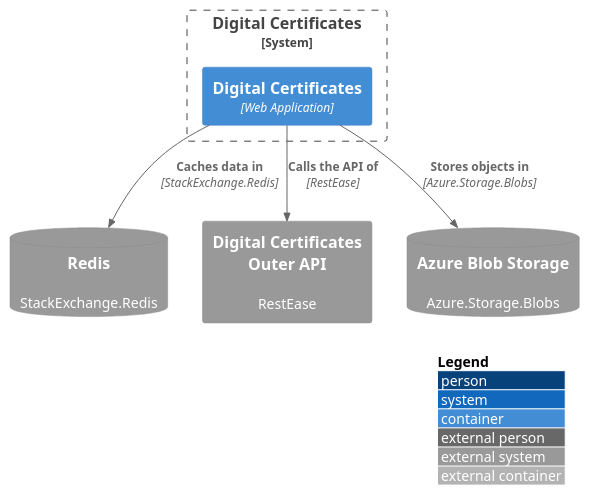
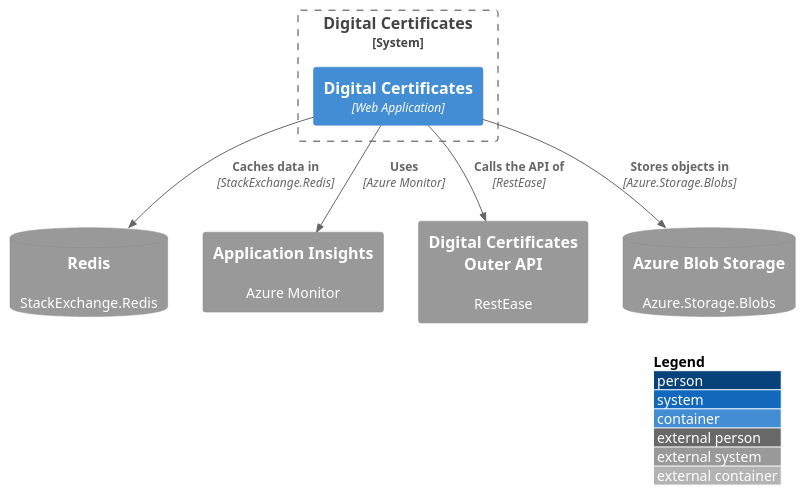
The diagram in das-digital-certification-web/service-dependencies/service-dependencies.puml (talentconsulting/service-catalogue-data), drawn with PlantUML before and after one commit. The commit also changed 22 other files, not shown here.

```diff
--- a/das-digital-certification-web/service-dependencies/service-dependencies.puml
+++ b/das-digital-certification-web/service-dependencies/service-dependencies.puml
@@ -1,17 +1,19 @@
 @startuml
 !include https://raw.githubusercontent.com/plantuml-stdlib/C4-PlantUML/master/C4_Container.puml
 LAYOUT_WITH_LEGEND()
 
 System_Boundary(sys_SkillsFundingAgency_das_digital_certification_web, "Digital Certificates") {
   Container(c_digital_certificates_web, "Digital Certificates", "Web Application")
 }
 
 SystemDb_Ext(d_cache_redis, "Redis", "StackExchange.Redis")
+System_Ext(d_cloud_service_application_insights, "Application Insights", "Azure Monitor")
 System_Ext(d_http_api_digital_certificates_outer_api, "Digital Certificates Outer API", "RestEase")
 SystemDb_Ext(d_object_storage_azure_blob_storage, "Azure Blob Storage", "Azure.Storage.Blobs")
 
 Rel(c_digital_certificates_web, d_cache_redis, "Caches data in", "StackExchange.Redis")
+Rel(c_digital_certificates_web, d_cloud_service_application_insights, "Uses", "Azure Monitor")
 Rel(c_digital_certificates_web, d_http_api_digital_certificates_outer_api, "Calls the API of", "RestEase")
 Rel(c_digital_certificates_web, d_object_storage_azure_blob_storage, "Stores objects in", "Azure.Storage.Blobs")
 
 @enduml
```
